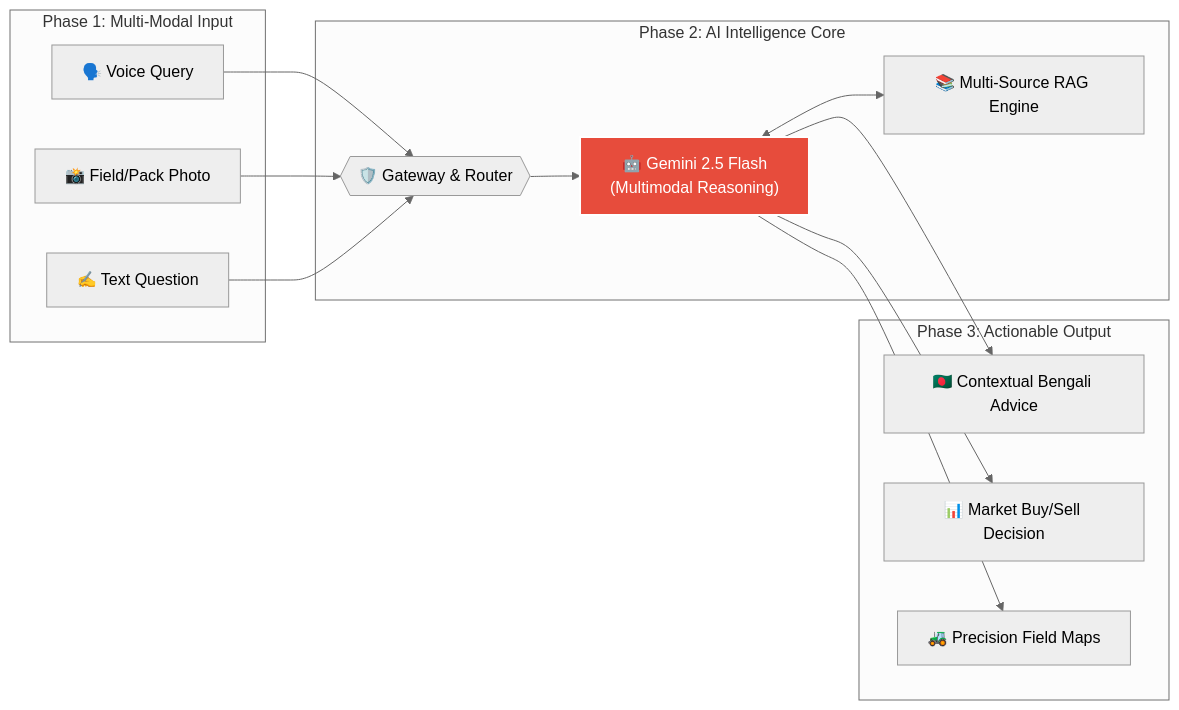
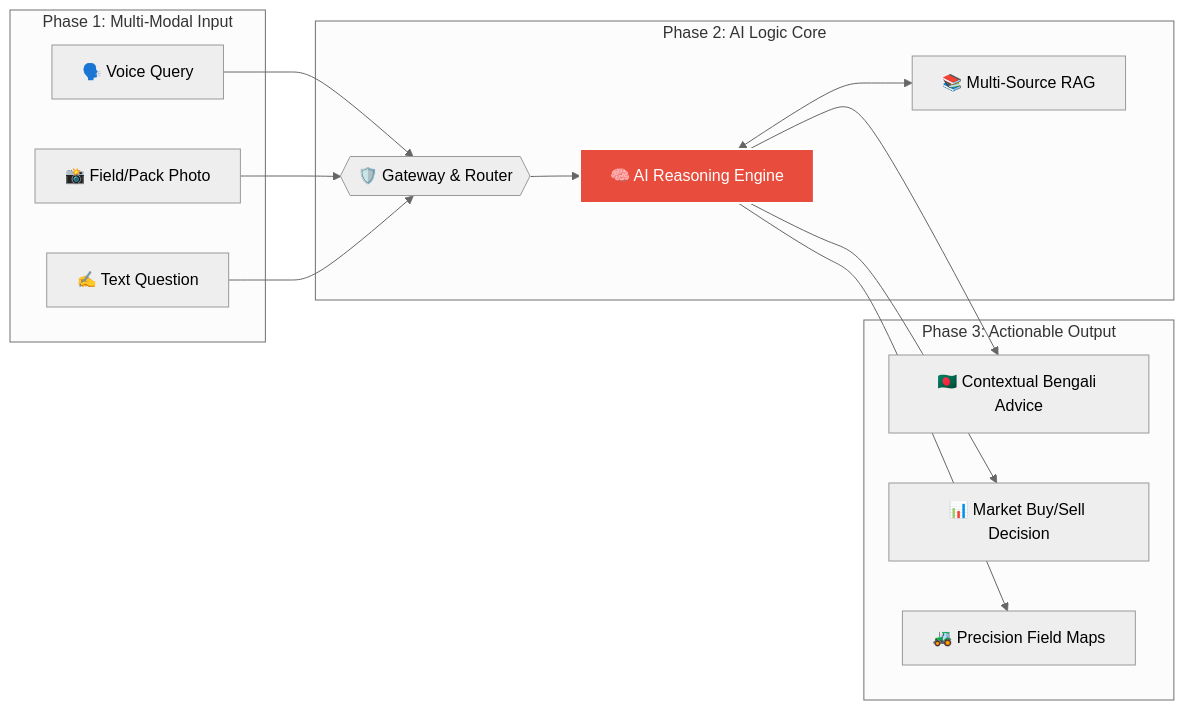
One commit to yasar-sys/agri-shokti-bangla changed the first of 3 diagrams in SYSTEM_FLOW.md. Above: the diagram before and after it, drawn with Mermaid (neutral theme). The commit also changed other lines of this file and 1 other file, not shown here.

Commit message:
docs: finalize elite AI Core architecture and reasoning documentation for MXB 2026

````diff
--- a/SYSTEM_FLOW.md
+++ b/SYSTEM_FLOW.md
@@ -10,31 +10,31 @@
 ```mermaid
 graph LR
     %% User Input Layer
     subgraph "Phase 1: Multi-Modal Input"
         U1["🗣️ Voice Query"]
         U2["📸 Field/Pack Photo"]
         U3["✍️ Text Question"]
     end
 
     %% AI Core Layer
-    subgraph "Phase 2: AI Intelligence Core"
+    subgraph "Phase 2: AI Logic Core"
         G1{{"🛡️ Gateway & Router"}}
-        G2["🤖 Gemini 2.5 Flash<br/>(Multimodal Reasoning)"]
-        G3["📚 Multi-Source RAG Engine"]
+        G2["🧠 AI Reasoning Engine"]
+        G3["📚 Multi-Source RAG"]
     end
 
     %% Final Output Layer
     subgraph "Phase 3: Actionable Output"
         O1["🇧🇩 Contextual Bengali Advice"]
         O2["📊 Market Buy/Sell Decision"]
         O3["🚜 Precision Field Maps"]
     end
 
     %% Relationships
     U1 & U2 & U3 --> G1
     G1 --> G2
     G2 <--> G3
     G2 --> O1 & O2 & O3
 
     style G2 fill:#e74c3c,stroke:#fff,color:#fff,stroke-width:2px
 ```
````
